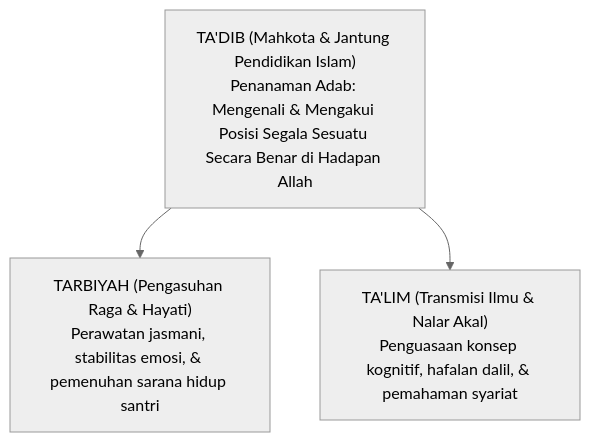
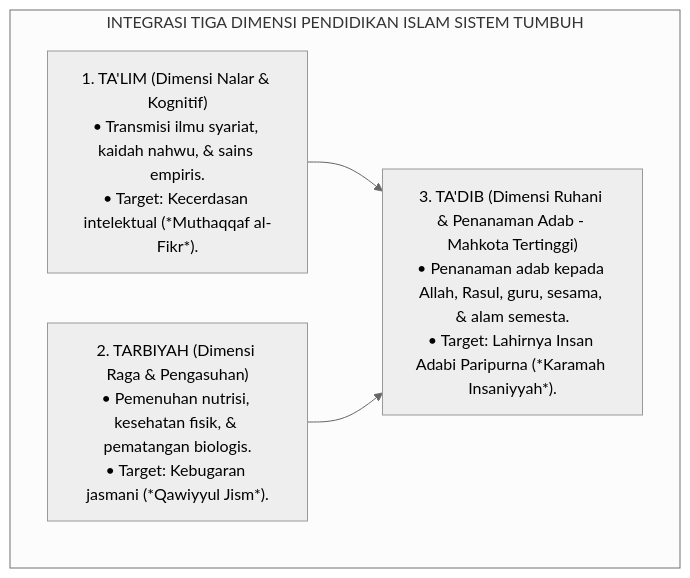
The first of 3 diagrams in BOOK-SERIES/Volume-01/Bab-02-Ontologi-Fitrah-dan-Hakikat-Insan-Pembelajar/04-Rekonstruksi-Tadib-Tarbiyah-Talim.md (wandiapriliyandi/tumbuh), drawn with Mermaid (neutral theme) before and after one commit. The commit also changed other lines of this file and 24 other files, not shown here.

Commit message:
feat(book-01): perkaya dan perdalam seluruh isi subbab bab 02 s.d. 07 dengan elaborasi komprehensif, analisis mendalam, dan diagram alur lengkap

````diff
--- a/BOOK-SERIES/Volume-01/Bab-02-Ontologi-Fitrah-dan-Hakikat-Insan-Pembelajar/04-Rekonstruksi-Tadib-Tarbiyah-Talim.md
+++ b/BOOK-SERIES/Volume-01/Bab-02-Ontologi-Fitrah-dan-Hakikat-Insan-Pembelajar/04-Rekonstruksi-Tadib-Tarbiyah-Talim.md
@@ -16,6 +24,13 @@
 ```mermaid
 graph TD
-    Tadib["TA'DIB (Mahkota & Jantung Pendidikan Islam)<br/>Penanaman Adab: Mengenali & Mengakui Posisi Segala Sesuatu Secara Benar di Hadapan Allah"]
-    Tadib --> Tarbiyah["TARBIYAH (Pengasuhan Raga & Hayati)<br/>Perawatan jasmani, stabilitas emosi, & pemenuhan sarana hidup santri"]
-    Tadib --> Talim["TA'LIM (Transmisi Ilmu & Nalar Akal)<br/>Penguasaan konsep kognitif, hafalan dalil, & pemahaman syariat"]
+    subgraph TriadPendidikanIslam["INTEGRASI TIGA DIMENSI PENDIDIKAN ISLAM SISTEM TUMBUH"]
+        Talim["1. TA'LIM (Dimensi Nalar & Kognitif)<br/>• Transmisi ilmu syariat, kaidah nahwu, & sains empiris.<br/>• Target: Kecerdasan intelektual (*Muthaqqaf al-Fikr*)."]
+        
+        Tarbiyah["2. TARBIYAH (Dimensi Raga & Pengasuhan)<br/>• Pemenuhan nutrisi, kesehatan fisik, & pematangan biologis.<br/>• Target: Kebugaran jasmani (*Qawiyyul Jism*)."]
+        
+        Tadib["3. TA'DIB (Dimensi Ruhani & Penanaman Adab - Mahkota Tertinggi)<br/>• Penanaman adab kepada Allah, Rasul, guru, sesama, & alam semesta.<br/>• Target: Lahirnya Insan Adabi Paripurna (*Karamah Insaniyyah*)."]
+        
+        Talim --> Tadib
+        Tarbiyah --> Tadib
+    end
 ```
````
